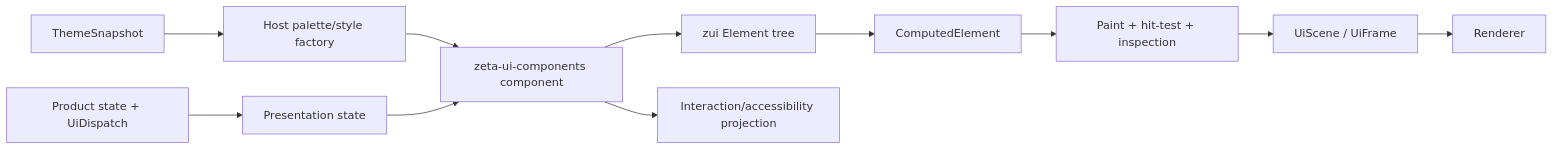
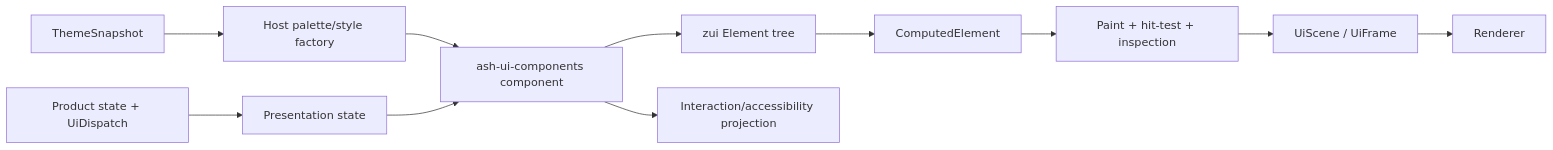
One commit to chogng/zeta changed the diagram in app/docs/native-ui-authoring.md. Above: the diagram before and after it, drawn with Mermaid. The commit also changed other lines of this file and 7718 other files, not shown here.

Commit message:
refactor: rename zeta to ash

````diff
--- a/app/docs/native-ui-authoring.md
+++ b/app/docs/native-ui-authoring.md
@@ -22,13 +22,13 @@
 ```mermaid
 flowchart LR
     T[ThemeSnapshot] --> P[Host palette/style factory]
     S[Product state + UiDispatch] --> V[Presentation state]
-    P --> C[zeta-ui-components component]
+    P --> C[ash-ui-components component]
     V --> C
     C --> E[zui Element tree]
     E --> CE[ComputedElement]
     CE --> O[Paint + hit-test + inspection]
     C --> I[Interaction/accessibility projection]
     O --> F[UiScene / UiFrame]
     F --> R[Renderer]
 ```
````
